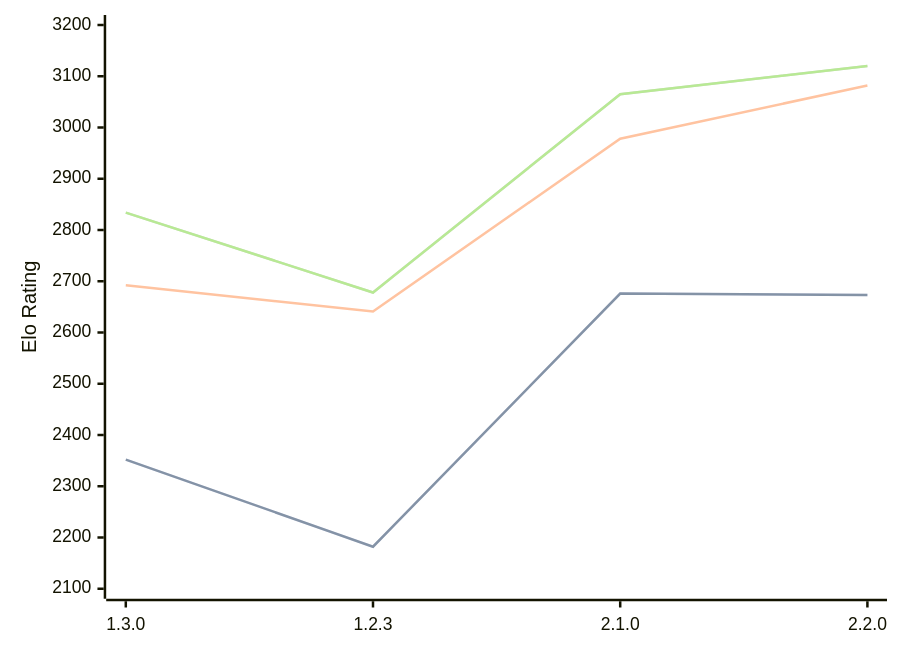
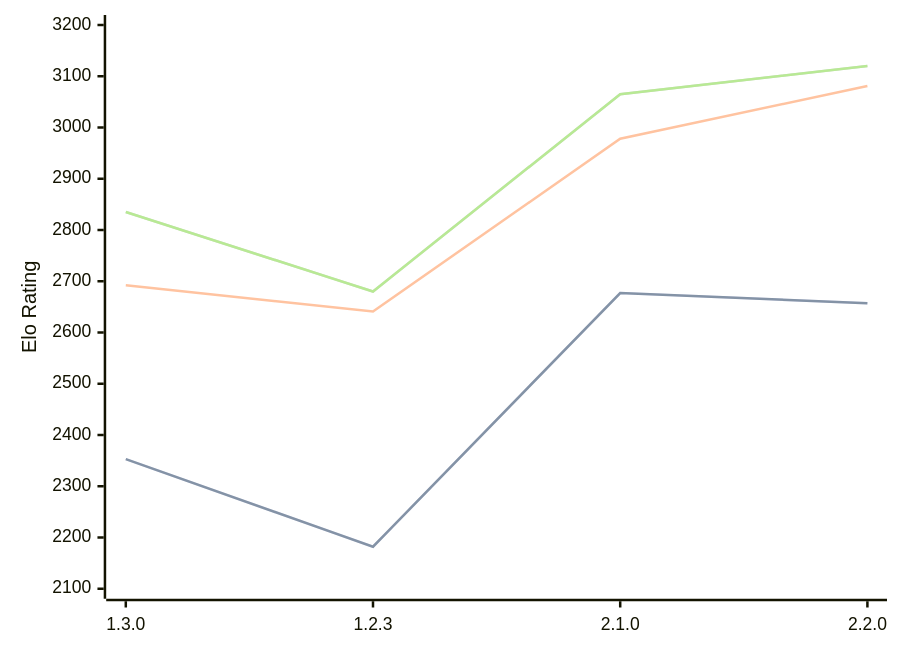
One commit to computer-chess-index/cci changed the first of 3 diagrams in engines/Aspen.md. Above: the diagram before and after it, drawn with Mermaid. The commit also changed other lines of this file, not shown here.

Commit message:
Update CCI Ratings (ELO VLTC) - 2026-07-08

````diff
--- a/engines/Aspen.md
+++ b/engines/Aspen.md
@@ -43,11 +43,11 @@
 ```mermaid
 %%{init: {"theme":"base","themeVariables":{"seriesColors:['#a3a3a3','#222221','#faa371']}}}%%
 xychart-beta
   x-axis ["1.3.0", "1.2.3", "2.1.0", "2.2.0"]
   y-axis "Elo Rating" 2100 --> 3200
-  line "STC (8.0+0.08s)" [2352, 2182, 2676, 2673]
-  line "STC (8.0+0.08s)" [2352, 2182, 2676, 2673]
-  line "LTC (60.0+0.60s)" [2692, 2641, 2978, 3082]
-  line "VLTC (2m24s+1.12s)" [2834, 2678, 3065, 3120]
-  line "VLTC (2m24s+1.12s)" [2834, 2678, 3065, 3120]
+  line "STC (8.0+0.08s)" [2353, 2182, 2677, 2657]
+  line "STC (8.0+0.08s)" [2353, 2182, 2677, 2657]
+  line "LTC (60.0+0.60s)" [2692, 2641, 2978, 3081]
+  line "VLTC (2m24s+1.12s)" [2835, 2680, 3065, 3120]
+  line "VLTC (2m24s+1.12s)" [2835, 2680, 3065, 3120]
 ```
````
